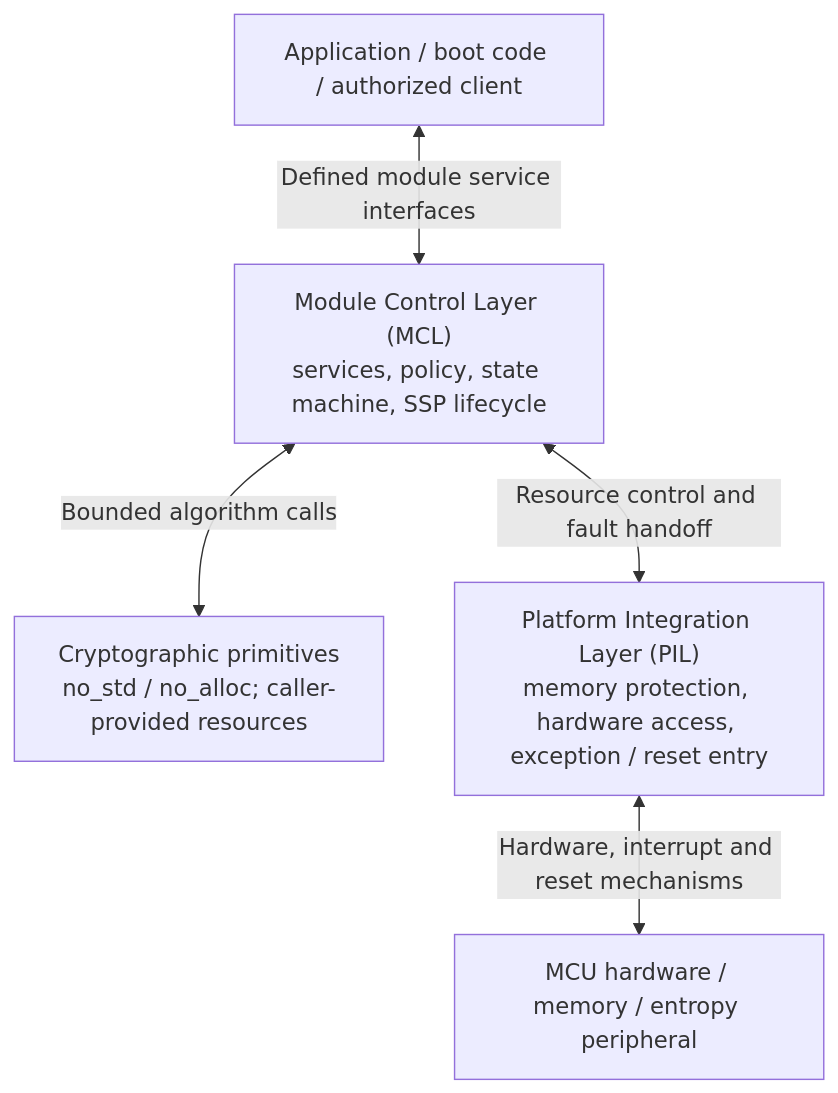
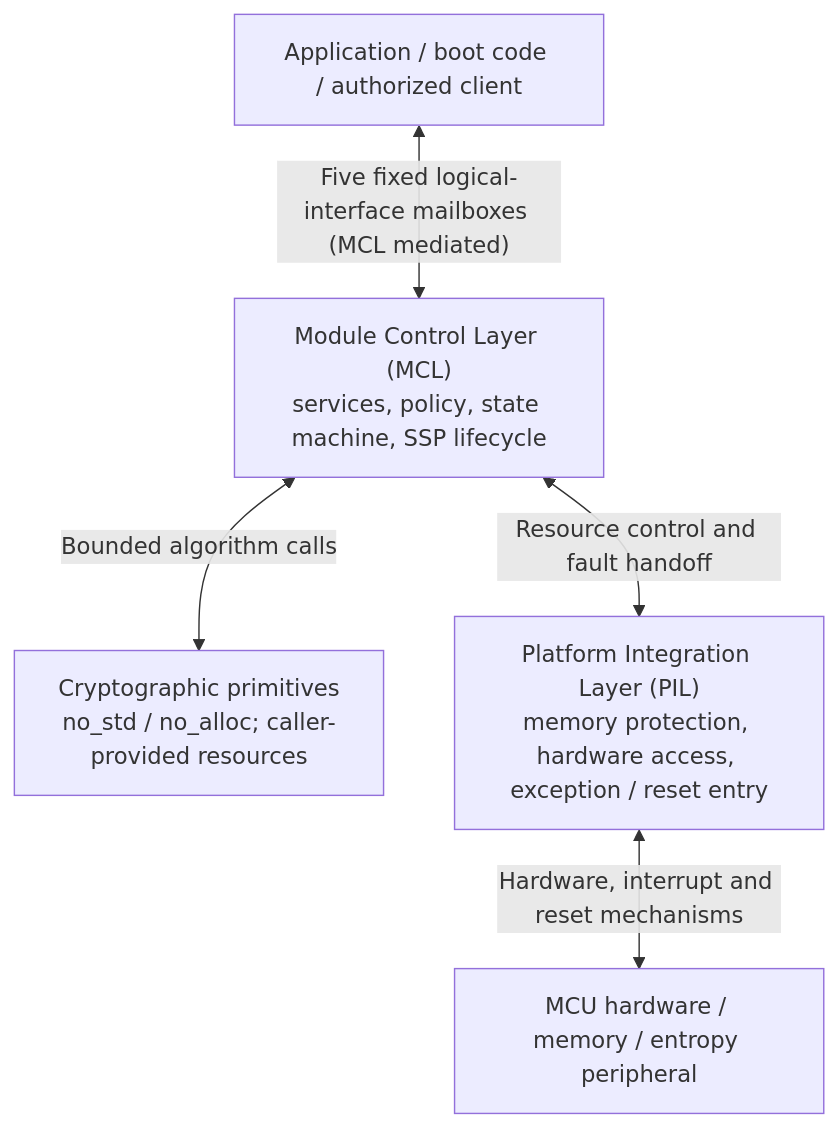
The diagram in docs/assurance/architecture.md (kytheros-com/embedded-crypto), drawn with Mermaid before and after one commit. The commit also changed other lines of this file, not shown here.

````diff
--- a/docs/assurance/architecture.md
+++ b/docs/assurance/architecture.md
@@ -48,13 +51,13 @@
 ```mermaid
 flowchart TB
     Caller["Application / boot code / authorized client"]
     MCL["Module Control Layer (MCL)<br/>services, policy, state machine, SSP lifecycle"]
     Crypto["Cryptographic primitives<br/>no_std / no_alloc; caller-provided resources"]
     PIL["Platform Integration Layer (PIL)<br/>memory protection, hardware access, exception / reset entry"]
     HW["MCU hardware / memory / entropy peripheral"]
 
-    Caller <-->|"Defined module service interfaces"| MCL
+    Caller <-->|"Five fixed logical-interface mailboxes (MCL mediated)"| MCL
     MCL <-->|"Bounded algorithm calls"| Crypto
     MCL <-->|"Resource control and fault handoff"| PIL
     PIL <-->|"Hardware, interrupt and reset mechanisms"| HW
 ```
````
